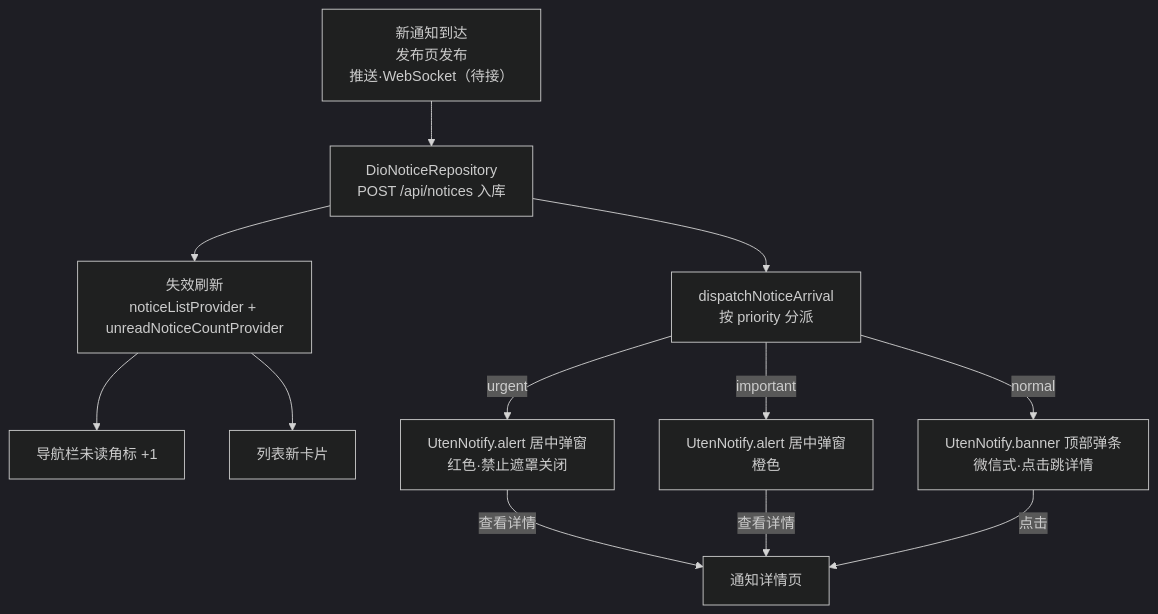
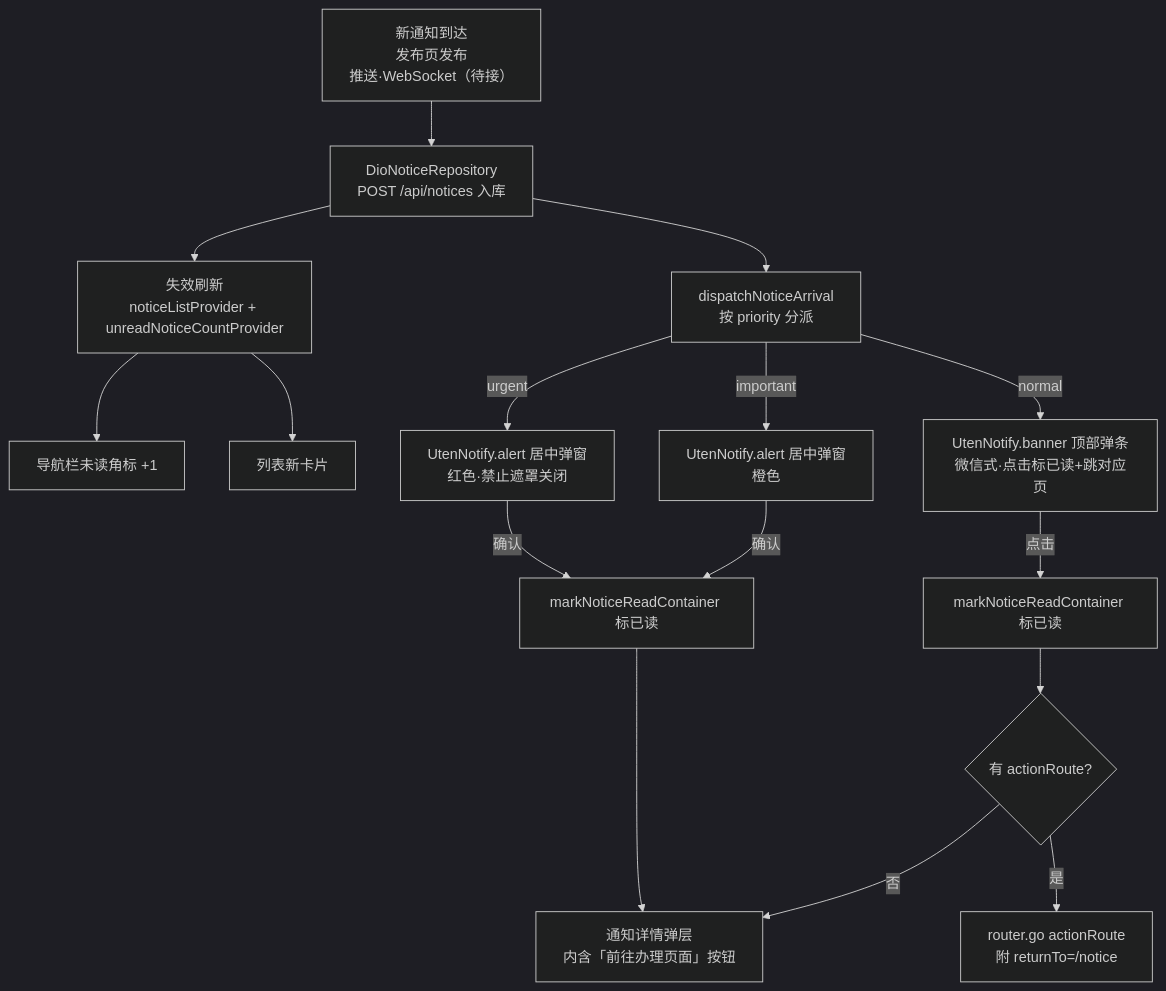
The second of 3 diagrams in docs/03-页面/通知列表页.md (BruceChu0424/utenelec_imp), drawn with Mermaid (dark theme) before and after one commit. The commit also changed 59 other files, not shown here.

````diff
--- a/docs/03-页面/通知列表页.md
+++ b/docs/03-页面/通知列表页.md
@@ -122,14 +122,18 @@
 ```mermaid
 flowchart TD
     T[新通知到达<br/>发布页发布<br/>推送·WebSocket（待接）] --> REPO[DioNoticeRepository<br/>POST /api/notices 入库]
     REPO --> INV[失效刷新<br/>noticeListProvider + unreadNoticeCountProvider]
     INV --> BADGE[导航栏未读角标 +1]
     INV --> LIST2[列表新卡片]
     REPO --> DISP[dispatchNoticeArrival<br/>按 priority 分派]
     DISP -->|urgent| ALERT1[UtenNotify.alert 居中弹窗<br/>红色·禁止遮罩关闭]
     DISP -->|important| ALERT2[UtenNotify.alert 居中弹窗<br/>橙色]
-    DISP -->|normal| BANNER[UtenNotify.banner 顶部弹条<br/>微信式·点击跳详情]
-    ALERT1 -->|查看详情| DETAIL[通知详情页]
-    ALERT2 -->|查看详情| DETAIL
-    BANNER -->|点击| DETAIL
+    DISP -->|normal| BANNER[UtenNotify.banner 顶部弹条<br/>微信式·点击标已读+跳对应页]
+    ALERT1 -->|确认| READ1[markNoticeReadContainer 标已读]
+    ALERT2 -->|确认| READ1
+    READ1 --> DETAIL[通知详情弹层<br/>内含「前往办理页面」按钮]
+    BANNER -->|点击| READ2[markNoticeReadContainer 标已读]
+    READ2 --> NAV{有 actionRoute?}
+    NAV -- 是 --> ACTION[router.go actionRoute<br/>附 returnTo=/notice]
+    NAV -- 否 --> DETAIL
 ```
````
